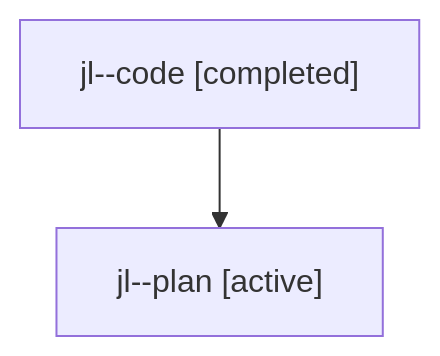
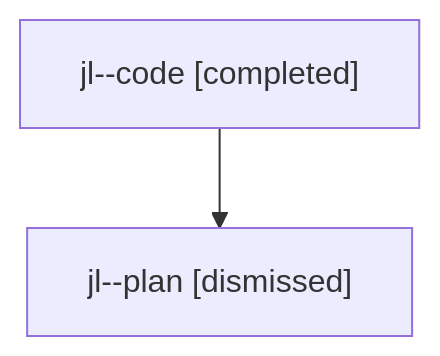
Before and after one commit to sase-org/sase--agents: the diagram in sessions/bbugyi200.athena.jl.md, drawn with Mermaid. The commit also changed other lines of this file and 14 other files, not shown here.

````diff
--- a/sessions/bbugyi200.athena.jl.md
+++ b/sessions/bbugyi200.athena.jl.md
@@ -9,6 +9,6 @@
 ```mermaid
 flowchart TD
   n0["jl--code [completed]"]
-  n1["jl--plan [active]"]
+  n1["jl--plan [dismissed]"]
   n0 --> n1
 ```
````
